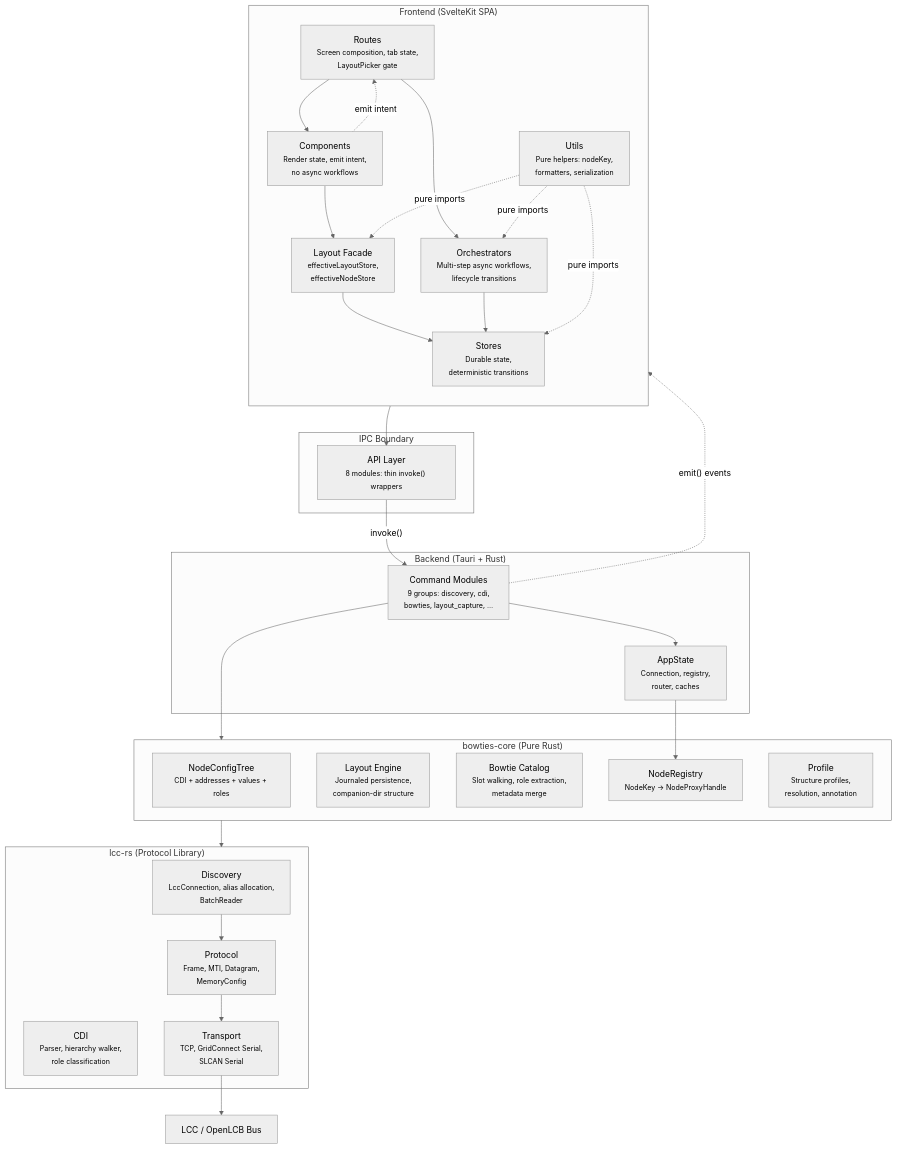
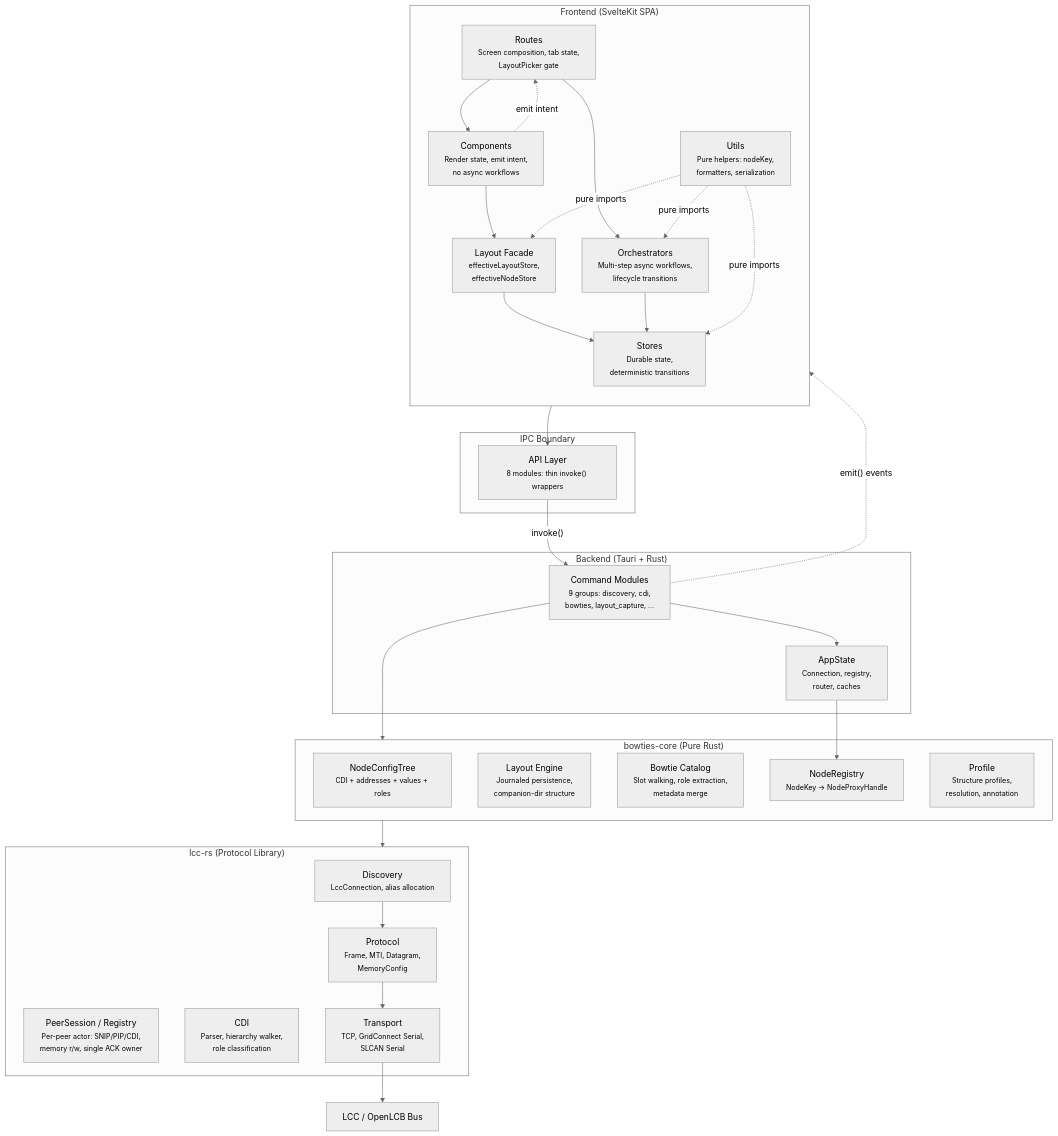
One commit to JohnSL/Bowties changed the first of 4 diagrams in aiwiki/architecture-diagrams.md. Above: the diagram before and after it, drawn with Mermaid (neutral theme). The commit also changed other lines of this file and 48 other files, not shown here.

First line of the commit message:
Fix CDI downloads failing on SPROG USB-LCC v1.4 adapters by removing the extraneous CR/LF bytes Bowties appended after each GridConnect frame on serial. The extra bytes overflowed the adapter's FTDI buffer under CDI load, causing downloads to stall or fail after a few hundred bytes.

````diff
--- a/aiwiki/architecture-diagrams.md
+++ b/aiwiki/architecture-diagrams.md
@@ -11,62 +11,63 @@
 ```mermaid
 graph TB
     subgraph Frontend ["Frontend (SvelteKit SPA)"]
         direction TB
         Routes["Routes<br/><small>Screen composition, tab state,<br/>LayoutPicker gate</small>"]
         Components["Components<br/><small>Render state, emit intent,<br/>no async workflows</small>"]
         Facade["Layout Facade<br/><small>effectiveLayoutStore,<br/>effectiveNodeStore</small>"]
         Stores["Stores<br/><small>Durable state,<br/>deterministic transitions</small>"]
         Orchestrators["Orchestrators<br/><small>Multi-step async workflows,<br/>lifecycle transitions</small>"]
         Utils["Utils<br/><small>Pure helpers: nodeKey,<br/>formatters, serialization</small>"]
     end
 
     subgraph IPC ["IPC Boundary"]
         API["API Layer<br/><small>8 modules: thin invoke() wrappers</small>"]
     end
 
     subgraph Backend ["Backend (Tauri + Rust)"]
         Commands["Command Modules<br/><small>9 groups: discovery, cdi,<br/>bowties, layout_capture, …</small>"]
         AppState["AppState<br/><small>Connection, registry,<br/>router, caches</small>"]
     end
 
     subgraph Core ["bowties-core (Pure Rust)"]
         NodeTree["NodeConfigTree<br/><small>CDI + addresses + values + roles</small>"]
         Layout["Layout Engine<br/><small>Journaled persistence,<br/>companion-dir structure</small>"]
         Catalog["Bowtie Catalog<br/><small>Slot walking, role extraction,<br/>metadata merge</small>"]
         Registry["NodeRegistry<br/><small>NodeKey → NodeProxyHandle</small>"]
         Profile["Profile<br/><small>Structure profiles,<br/>resolution, annotation</small>"]
     end
 
     subgraph Protocol ["lcc-rs (Protocol Library)"]
-        Discovery["Discovery<br/><small>LccConnection, alias allocation,<br/>BatchReader</small>"]
+        Discovery["Discovery<br/><small>LccConnection, alias allocation</small>"]
+        PeerSession["PeerSession / Registry<br/><small>Per-peer actor: SNIP/PIP/CDI,<br/>memory r/w, single ACK owner</small>"]
         ProtocolLayer["Protocol<br/><small>Frame, MTI, Datagram,<br/>MemoryConfig</small>"]
         CDI["CDI<br/><small>Parser, hierarchy walker,<br/>role classification</small>"]
         Transport["Transport<br/><small>TCP, GridConnect Serial,<br/>SLCAN Serial</small>"]
     end
 
     Bus["LCC / OpenLCB Bus"]
 
     Routes --> Components
     Components --> Facade
     Facade --> Stores
     Routes --> Orchestrators
     Orchestrators --> Stores
     Orchestrators --> API
     Components -.->|"emit intent"| Routes
     Utils -.->|"pure imports"| Stores
     Utils -.->|"pure imports"| Orchestrators
     Utils -.->|"pure imports"| Facade
 
     API -->|"invoke()"| Commands
     Commands --> AppState
     Commands --> Core
     AppState --> Registry
 
     Core --> Protocol
 
     Discovery --> ProtocolLayer
     ProtocolLayer --> Transport
     Transport --> Bus
 
     Commands -.->|"emit() events"| Routes
 ```
````
